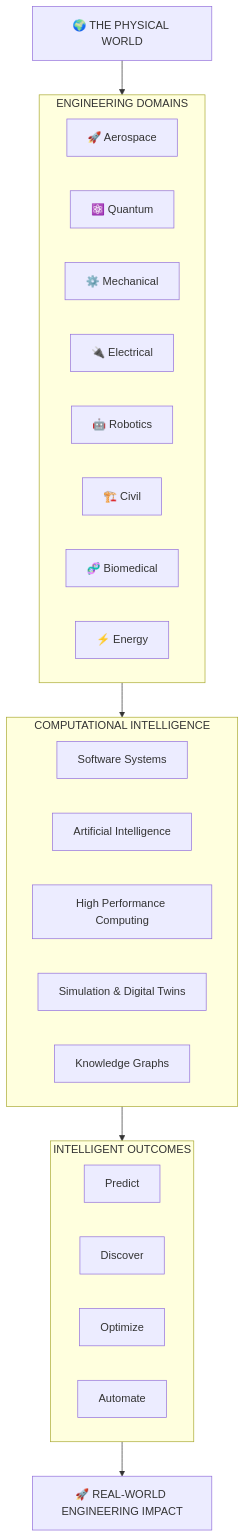
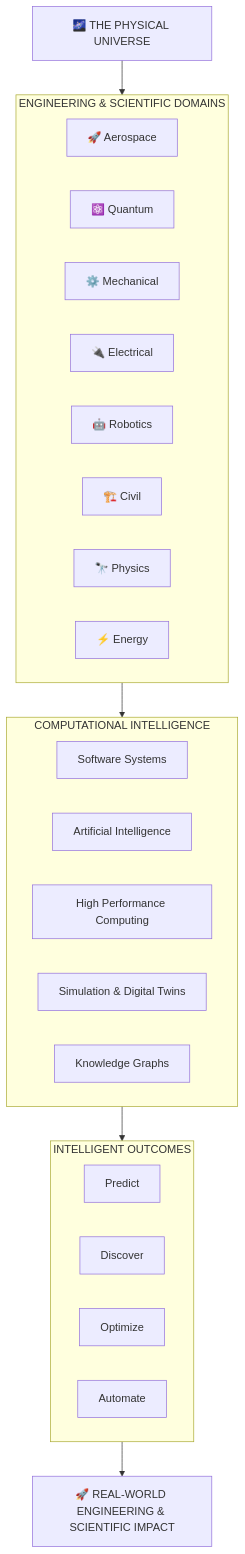
One commit to sandeepkulkarni17/sandeepkulkarni17 changed the diagram in README.md. Above: the diagram before and after it, drawn with Mermaid. The commit also changed other lines of this file, not shown here.

````diff
--- a/README.md
+++ b/README.md
@@ -216,35 +226,35 @@
 ```mermaid
 flowchart TB
-    REAL["🌍 THE PHYSICAL WORLD"]
+    REAL["🌌 THE PHYSICAL UNIVERSE"]
 
-    subgraph ENG["ENGINEERING DOMAINS"]
+    subgraph ENG["ENGINEERING & SCIENTIFIC DOMAINS"]
         A["🚀 Aerospace"]
         B["⚛️ Quantum"]
         C["⚙️ Mechanical"]
         D["🔌 Electrical"]
         E["🤖 Robotics"]
         F["🏗️ Civil"]
-        G["🧬 Biomedical"]
+        G["🔭 Physics"]
         H["⚡ Energy"]
     end
 
     subgraph COMPUTE["COMPUTATIONAL INTELLIGENCE"]
         SW["Software Systems"]
         AI["Artificial Intelligence"]
         HPC["High Performance Computing"]
         SIM["Simulation & Digital Twins"]
         KG["Knowledge Graphs"]
     end
 
     subgraph OUT["INTELLIGENT OUTCOMES"]
         P["Predict"]
         D2["Discover"]
         O["Optimize"]
         AU["Automate"]
     end
 
     REAL --> ENG
     ENG --> COMPUTE
     COMPUTE --> OUT
-    OUT --> IMPACT["🚀 REAL-WORLD ENGINEERING IMPACT"]
+    OUT --> IMPACT["🚀 REAL-WORLD ENGINEERING & SCIENTIFIC IMPACT"]
 ```
````
